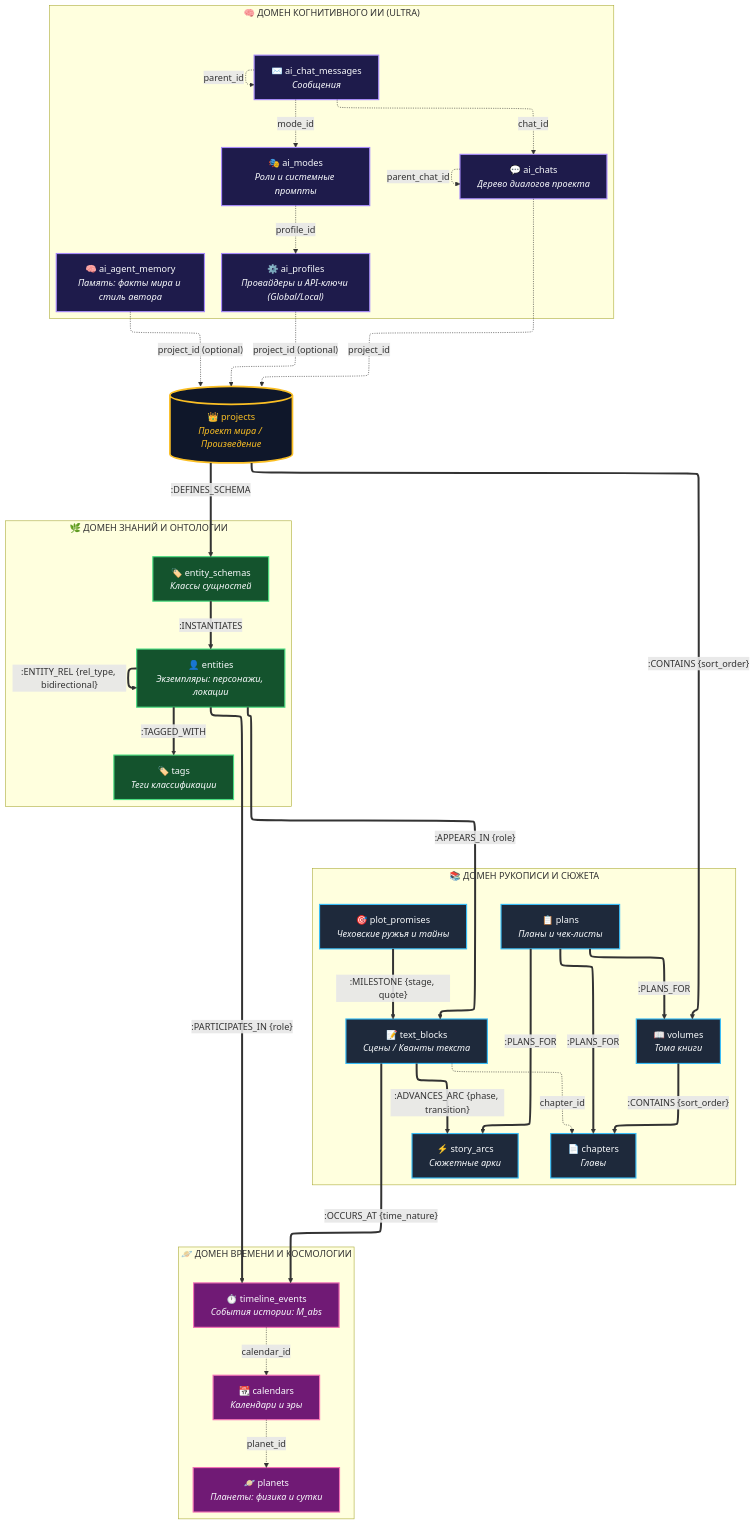
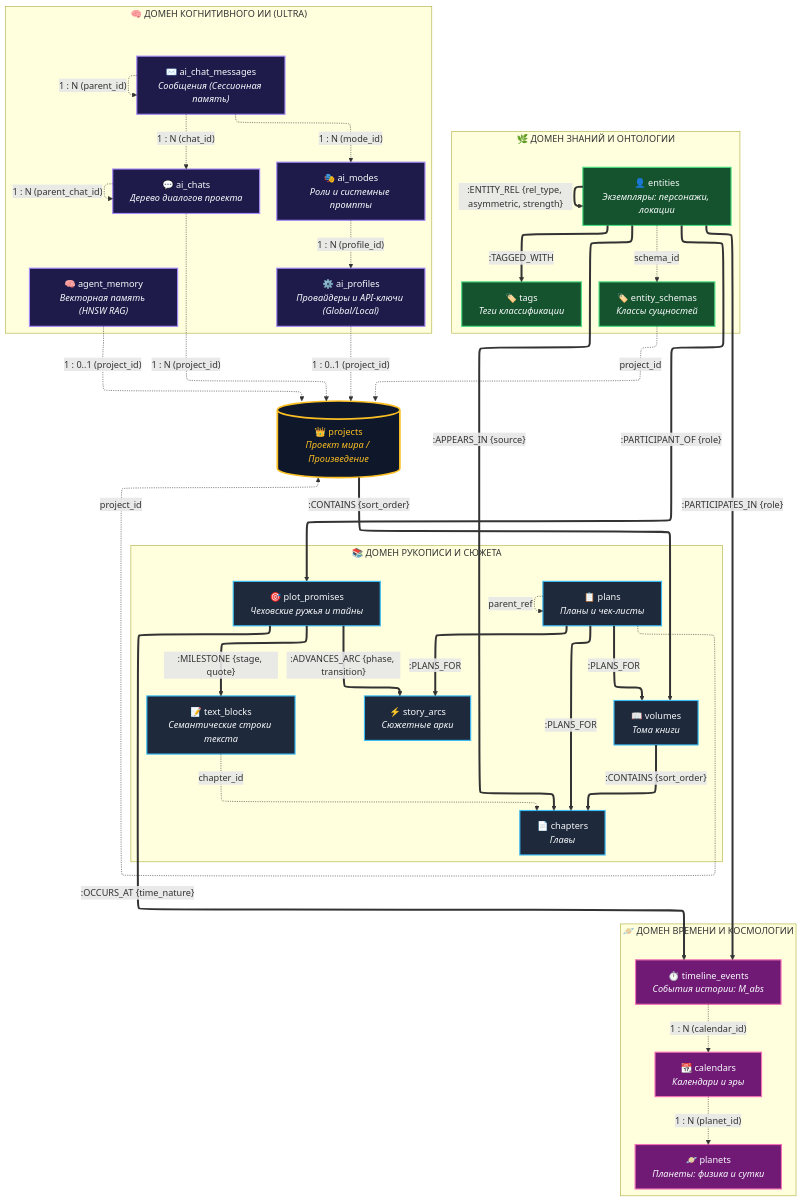
The diagram in docs/coursework/02_Исследовательская_часть/2.8_концептуальная_схема.md (nagisokyn-prog/WorldWiki), drawn with Mermaid before and after one commit. The commit also changed other lines of this file and 44 other files, not shown here.

````diff
--- a/docs/coursework/02_Исследовательская_часть/2.8_концептуальная_схема.md
+++ b/docs/coursework/02_Исследовательская_часть/2.8_концептуальная_схема.md
@@ -88,7 +75,7 @@
     subgraph NarrativeDomain ["📚 ДОМЕН РУКОПИСИ И СЮЖЕТА"]
         Volumes["📖 volumes<br/><i>Тома книги</i>"]:::narrative
         Chapters["📄 chapters<br/><i>Главы</i>"]:::narrative
-        TextBlocks["📝 text_blocks<br/><i>Сцены / Кванты текста</i>"]:::narrative
+        TextBlocks["📝 text_blocks<br/><i>Семантические строки текста</i>"]:::narrative
         StoryArcs["⚡ story_arcs<br/><i>Сюжетные арки</i>"]:::narrative
         PlotPromises["🎯 plot_promises<br/><i>Чеховские ружья и тайны</i>"]:::narrative
         Plans["📋 plans<br/><i>Планы и чек-листы</i>"]:::narrative
@@ -119,33 +106,30 @@
         AiProfiles["⚙️ ai_profiles<br/><i>Провайдеры и API-ключи (Global/Local)</i>"]:::ai
         AiModes["🎭 ai_modes<br/><i>Роли и системные промпты</i>"]:::ai
         Chats["💬 ai_chats<br/><i>Дерево диалогов проекта</i>"]:::ai
-        ChatMessages["✉️ ai_chat_messages<br/><i>Сообщения</i>"]:::ai
-        AgentMemory["🧠 ai_agent_memory<br/><i>Память: факты мира и стиль автора</i>"]:::ai
+        ChatMessages["✉️ ai_chat_messages<br/><i>Сообщения (Сессионная память)</i>"]:::ai
+        AgentMemory["🧠 agent_memory<br/><i>Векторная память (HNSW RAG)</i>"]:::ai
     end
 
     %% ==========================================
     %% ГРАФОВЫЕ РЕБРА (TYPE RELATION В СУБД)
     %% ==========================================
 
-    %% ДВА КРЫЛА ПРОЕКТА: РУКОПИСЬ И ОНТОЛОГИЯ
+    %% ИЕРАРХИЯ РУКОПИСИ
     Project ==>|":CONTAINS {sort_order}"| Volumes
     Volumes ==>|":CONTAINS {sort_order}"| Chapters
-    Project ==>|":DEFINES_SCHEMA"| EntitySchemas
 
-    %% ОНТОЛОГИЯ: Схема порождает сущность (без схемы сущности нет)
-    EntitySchemas ==>|":INSTANTIATES"| Entities
+    %% ЦЕНТРАЛЬНЫЙ НАРРАТИВНЫЙ ХАБ (plot_promises):
+    %% 1. Участники сцены/обещания (герои, фракции, артефакты, локации)
+    Entities ==>|":PARTICIPANT_OF {role}"| PlotPromises
+    %% 2. Нарративный узел двигает сюжетные арки
+    PlotPromises ==>|":ADVANCES_ARC {phase, transition}"| StoryArcs
+    %% 3. Нарративный узел привязан к шкале времени мира
+    PlotPromises ==>|":OCCURS_AT {time_nature}"| TimelineEvents
+    %% 4. Физический якорь нарративного узла в строках текста рукописи (жизненный цикл)
+    PlotPromises ==>|":MILESTONE {stage, quote}"| TextBlocks
 
-    %% ТОЧКА СБОРКИ В СЦЕНЕ (text_blocks):
-    %% 1. Сущности оживают в тексте
-    Entities ==>|":APPEARS_IN {role}"| TextBlocks
-    %% 2. Сцена разворачивает арку
-    TextBlocks ==>|":ADVANCES_ARC {phase, transition}"| StoryArcs
-    %% 3. Сцена происходит в реальном времени мира
-    TextBlocks ==>|":OCCURS_AT {time_nature}"| TimelineEvents
-
-    %% ЧЕХОВСКИЕ РУЖЬЯ: Жизненный цикл через ОДНО ребро :MILESTONE
-    %% stage: 'plant' (посадка) | 'progression' (развитие) | 'resolution' (выстрел)
-    PlotPromises ==>|":MILESTONE {stage, quote}"| TextBlocks
+    %% Автоматическое сканирование упоминаний сущностей в тексте главы
+    Entities ==>|":APPEARS_IN {source}"| Chapters
 
     %% ПЛАНЫ: Декомпозиция томов, глав и арок
     Plans ==>|":PLANS_FOR"| Volumes
@@ -154,32 +138,41 @@
 
     %% ЛОР: Взаимодействия сущностей и таксономия
     %% mermaid-lint-disable-next-line no-self-loop
-    Entities ==>|":ENTITY_REL {rel_type, bidirectional}"| Entities
+    Entities ==>|":ENTITY_REL {rel_type, asymmetric, strength}"| Entities
     Entities ==>|":TAGGED_WITH"| Tags
     Entities ==>|":PARTICIPATES_IN {role}"| TimelineEvents
 
     %% ==========================================
-    %% СТРУКТУРНЫЕ ССЫЛКИ (RECORD LINKS 1:N)
+    %% СТРУКТУРНЫЕ ССЫЛКИ (RECORD LINKS)
     %% ==========================================
 
     %% Рукопись
     TextBlocks -.->|"chapter_id"| Chapters
 
-    %% Космология и физика времени
-    Calendars -.->|"planet_id"| Planets
-    TimelineEvents -.->|"calendar_id"| Calendars
+    %% Планы: принадлежат проекту и образуют дерево чек-листов
+    Plans -.->|"project_id"| Project
+    %% mermaid-lint-disable-next-line no-self-loop
+    Plans -.->|"parent_ref"| Plans
 
-    %% ИИ-пространство: чаты принадлежат проекту и образуют дерево
-    Chats -.->|"project_id"| Project
+    %% Онтология: схема закреплена за проектом, сущность типизирована схемой
+    EntitySchemas -.->|"project_id"| Project
+    Entities -.->|"schema_id"| EntitySchemas
+
+    %% Реляционная космология (иерархия 1:N)
+    Calendars -.->|"1 : N (planet_id)"| Planets
+    TimelineEvents -.->|"1 : N (calendar_id)"| Calendars
+
+    %% Реляционное ИИ-пространство (иерархия 1:N и 1:0..1)
+    Chats -.->|"1 : N (project_id)"| Project
     %% mermaid-lint-disable-next-line no-self-loop
-    Chats -.->|"parent_chat_id"| Chats
-    ChatMessages -.->|"chat_id"| Chats
+    Chats -.->|"1 : N (parent_chat_id)"| Chats
+    ChatMessages -.->|"1 : N (chat_id)"| Chats
     %% mermaid-lint-disable-next-line no-self-loop
-    ChatMessages -.->|"parent_id"| ChatMessages
-    ChatMessages -.->|"mode_id"| AiModes
+    ChatMessages -.->|"1 : N (parent_id)"| ChatMessages
+    ChatMessages -.->|"1 : N (mode_id)"| AiModes
 
-    %% Настройки ИИ и Память (с поддержкой глобальных сущностей)
-    AiModes -.->|"profile_id"| AiProfiles
-    AiProfiles -.->|"project_id (optional)"| Project
-    AgentMemory -.->|"project_id (optional)"| Project
+    %% Настройки ИИ и Векторная память (с поддержкой глобального скоупа 1:0..1)
+    AiModes -.->|"1 : N (profile_id)"| AiProfiles
+    AiProfiles -.->|"1 : 0..1 (project_id)"| Project
+    AgentMemory -.->|"1 : 0..1 (project_id)"| Project
 ```
````
